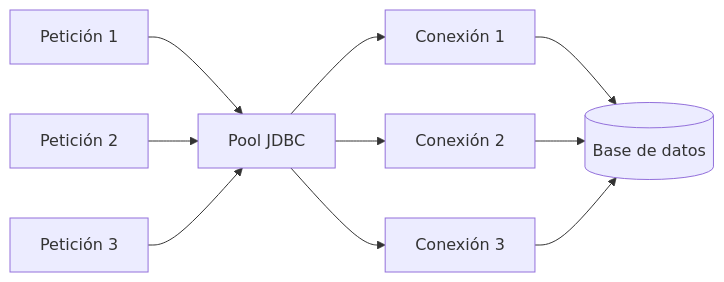
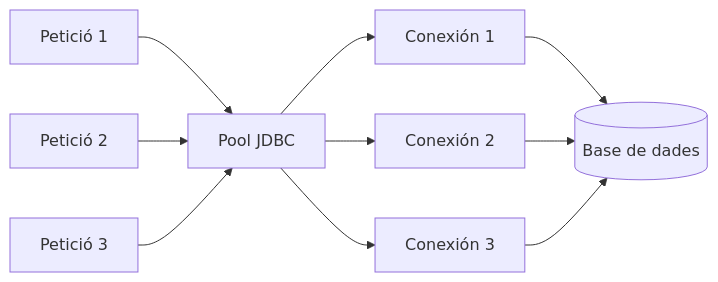
Before and after one commit to jordicido/jordicina: the fourth of 5 diagrams in docs/daw-daw/up3/01-servidor-aplicaciones.md, drawn with Mermaid. The commit also changed other lines of this file and 10 other files, not shown here.

````diff
--- a/docs/daw-daw/up3/01-servidor-aplicaciones.md
+++ b/docs/daw-daw/up3/01-servidor-aplicaciones.md
@@ -241,12 +241,12 @@
 ```mermaid
 flowchart LR
-    A1["Petición 1"] --> P["Pool JDBC"]
-    A2["Petición 2"] --> P
-    A3["Petición 3"] --> P
+    A1["Petició 1"] --> P["Pool JDBC"]
+    A2["Petició 2"] --> P
+    A3["Petició 3"] --> P
     P --> C1["Conexión 1"]
     P --> C2["Conexión 2"]
     P --> C3["Conexión 3"]
-    C1 --> DB[("Base de datos")]
+    C1 --> DB[("Base de dades")]
     C2 --> DB
     C3 --> DB
 ```
````
